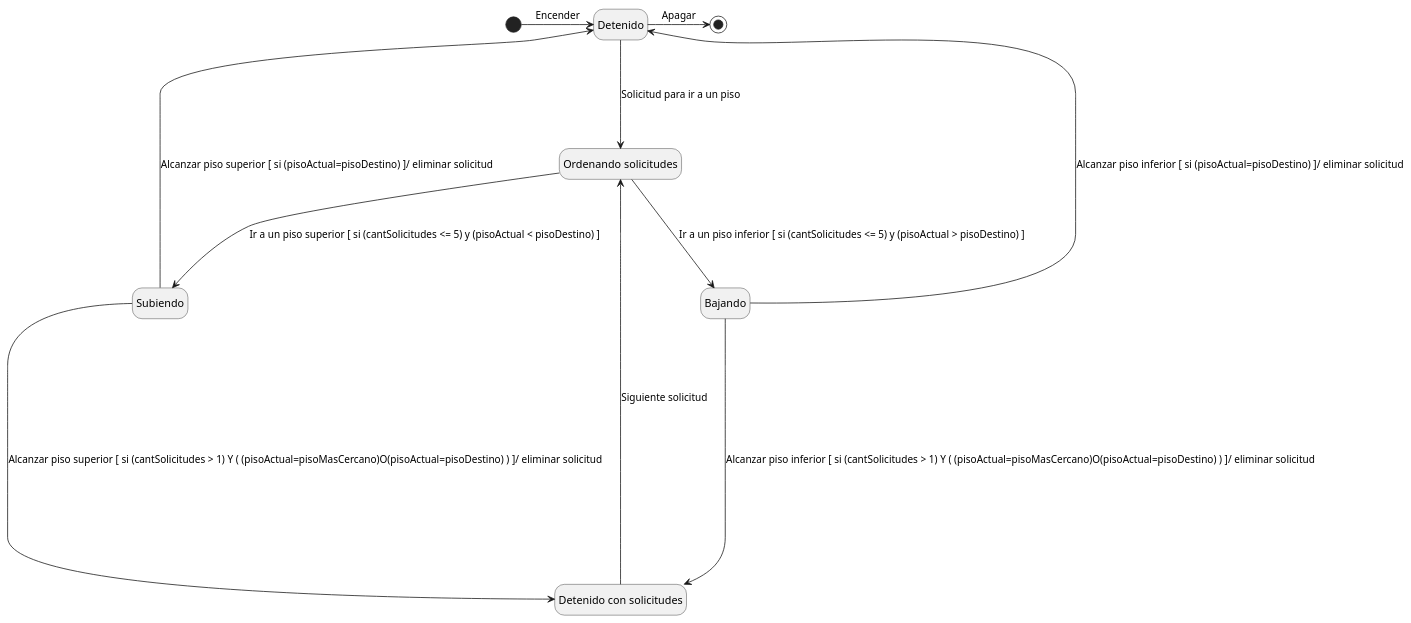
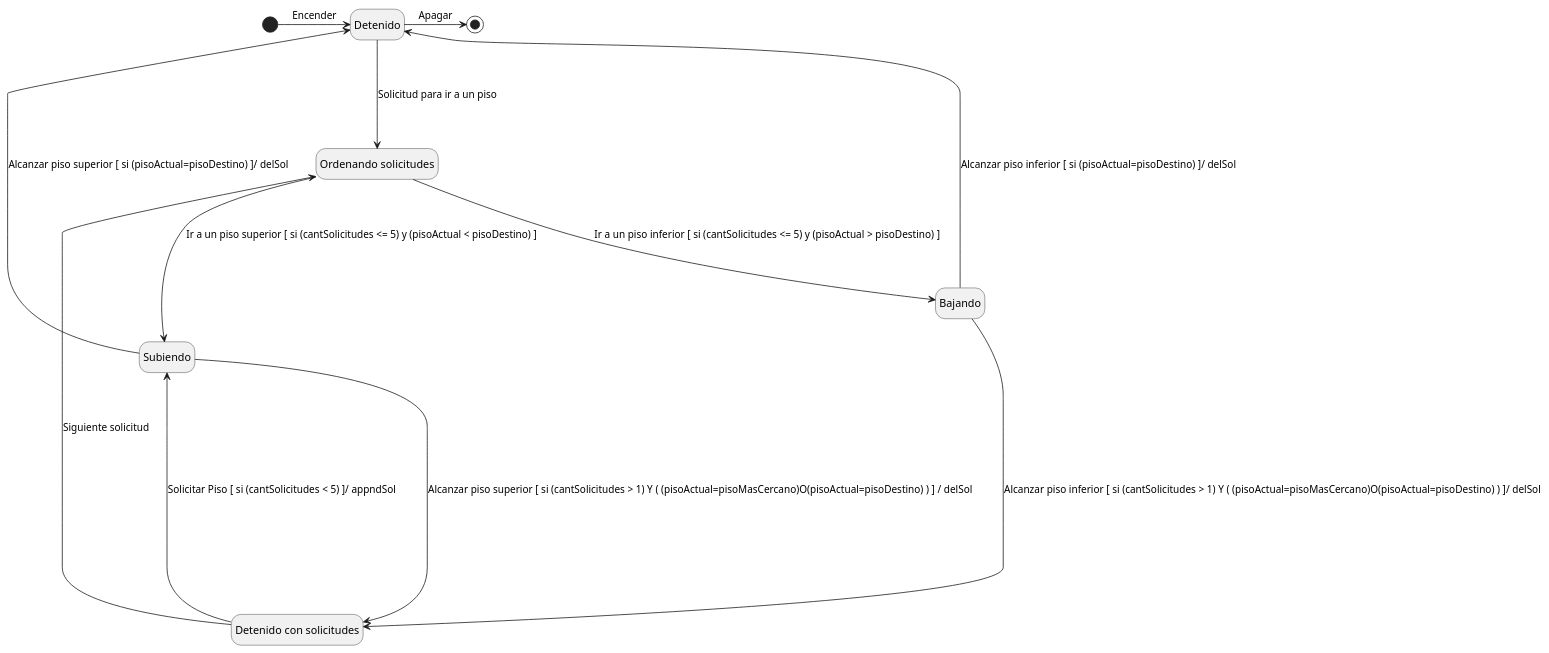
One commit to Z0SO/UML-Practice changed the second of 2 diagrams in Parcial_2/01-Vista_maquina_de_estados/ej-3.md. Above: the diagram before and after it, drawn with PlantUML.

Commit message:
ya hice el ej 3

````diff
--- a/Parcial_2/01-Vista_maquina_de_estados/ej-3.md
+++ b/Parcial_2/01-Vista_maquina_de_estados/ej-3.md
@@ -47,38 +47,37 @@
 ```plantuml
 @startuml
 hide empty description
 
-
+skinparam linetype oblique
 
 state "Detenido" as detenido 
 state "Subiendo" as subiendo
 state "Bajando" as bajando
 state "Detenido con solicitudes" as detenidoConSolicitudes
 
 state "Ordenando solicitudes" as ordenandoSolicitudes
 
 
 [*] -> detenido: Encender
 
 detenido --> ordenandoSolicitudes: Solicitud para ir a un piso
 
 ordenandoSolicitudes ---> subiendo: Ir a un piso superior [ si (cantSolicitudes <= 5) y (pisoActual < pisoDestino) ]
-
 ordenandoSolicitudes ---> bajando: Ir a un piso inferior [ si (cantSolicitudes <= 5) y (pisoActual > pisoDestino) ]
 
 
-subiendo ----> detenidoConSolicitudes: Alcanzar piso superior [ si (cantSolicitudes > 1) Y ( (pisoActual=pisoMasCercano)O(pisoActual=pisoDestino) ) ]/ eliminar solicitud
-
-bajando ------> detenidoConSolicitudes: Alcanzar piso inferior [ si (cantSolicitudes > 1) Y ( (pisoActual=pisoMasCercano)O(pisoActual=pisoDestino) ) ]/ eliminar solicitud
+subiendo ----> detenidoConSolicitudes: Alcanzar piso superior [ si (cantSolicitudes > 1) Y ( (pisoActual=pisoMasCercano)O(pisoActual=pisoDestino) ) ] / delSol
+bajando ------> detenidoConSolicitudes: Alcanzar piso inferior [ si (cantSolicitudes > 1) Y ( (pisoActual=pisoMasCercano)O(pisoActual=pisoDestino) ) ]/ delSol
 
 
 detenidoConSolicitudes ----> ordenandoSolicitudes: Siguiente solicitud
+detenidoConSolicitudes ----> subiendo: Solicitar Piso [ si (cantSolicitudes < 5) ]/ appndSol
 
 ' entra por aca solamente cuando no sea > 1, es decir, solo queda una solicitud
-bajando -----> detenido: Alcanzar piso inferior [ si (pisoActual=pisoDestino) ]/ eliminar solicitud
-subiendo ----> detenido: Alcanzar piso superior [ si (pisoActual=pisoDestino) ]/ eliminar solicitud
+bajando -----> detenido: Alcanzar piso inferior [ si (pisoActual=pisoDestino) ]/ delSol
+subiendo ----> detenido: Alcanzar piso superior [ si (pisoActual=pisoDestino) ]/ delSol
 
 detenido -> [*]: Apagar
 
 @enduml
 ```
````
